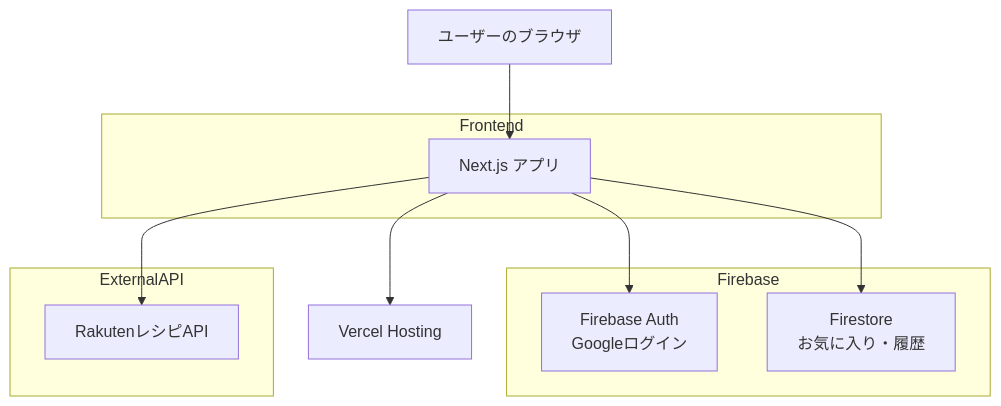
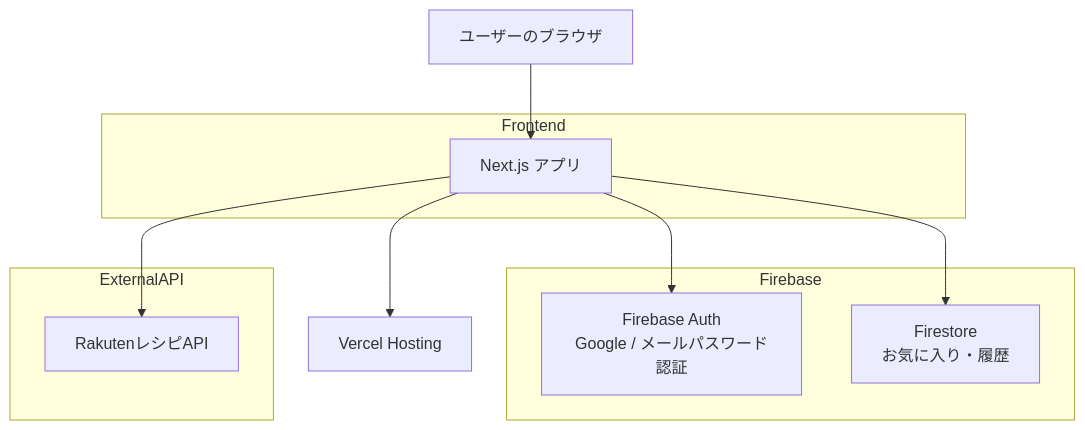
Before and after one commit to webex92-team1/ori-app-team1: the diagram in docs/02_architecture.md, drawn with Mermaid. The commit also changed other lines of this file and 7 other files, not shown here.

````diff
--- a/docs/02_architecture.md
+++ b/docs/02_architecture.md
@@ -45,25 +45,25 @@
 ```mermaid
 graph TD
   A[ユーザーのブラウザ]
 
   subgraph Frontend
     B[Next.js アプリ]
   end
 
   subgraph Firebase
-    C[Firebase Auth<br>Googleログイン]
+    C[Firebase Auth<br>Google / メールパスワード認証]
     D[Firestore<br>お気に入り・履歴]
   end
 
   subgraph ExternalAPI
     E[RakutenレシピAPI]
   end
 
   F[Vercel Hosting]
 
   A --> B
   B --> C
   B --> D
   B --> E
   B --> F
 ```
````
